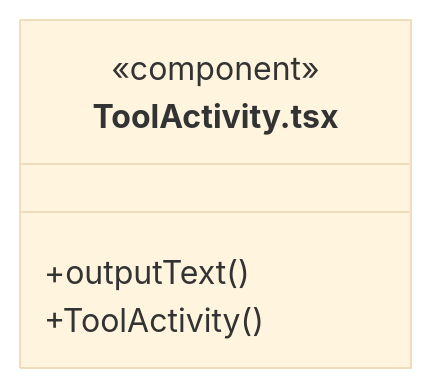
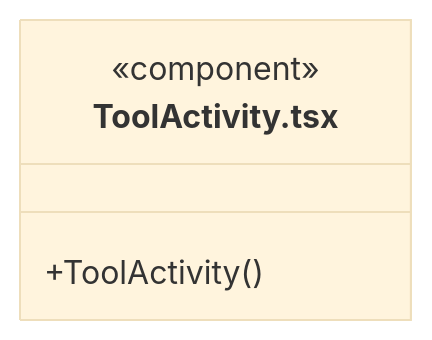
Diagram 20 of 33 in src/frontend/conversation/ARCHITECTURE.md (nan023062/cbim), drawn with Mermaid (base theme) before and after one commit. The commit also changed other lines of this file and 240 other files, not shown here.

````diff
--- a/src/frontend/conversation/ARCHITECTURE.md
+++ b/src/frontend/conversation/ARCHITECTURE.md
@@ -257,8 +273,7 @@
 ```mermaid
 classDiagram
 class N_src_frontend_conversation_ToolActivity_tsx["ToolActivity.tsx"] {
   <<component>>
-  +outputText()
   +ToolActivity()
 }
 ```
````
